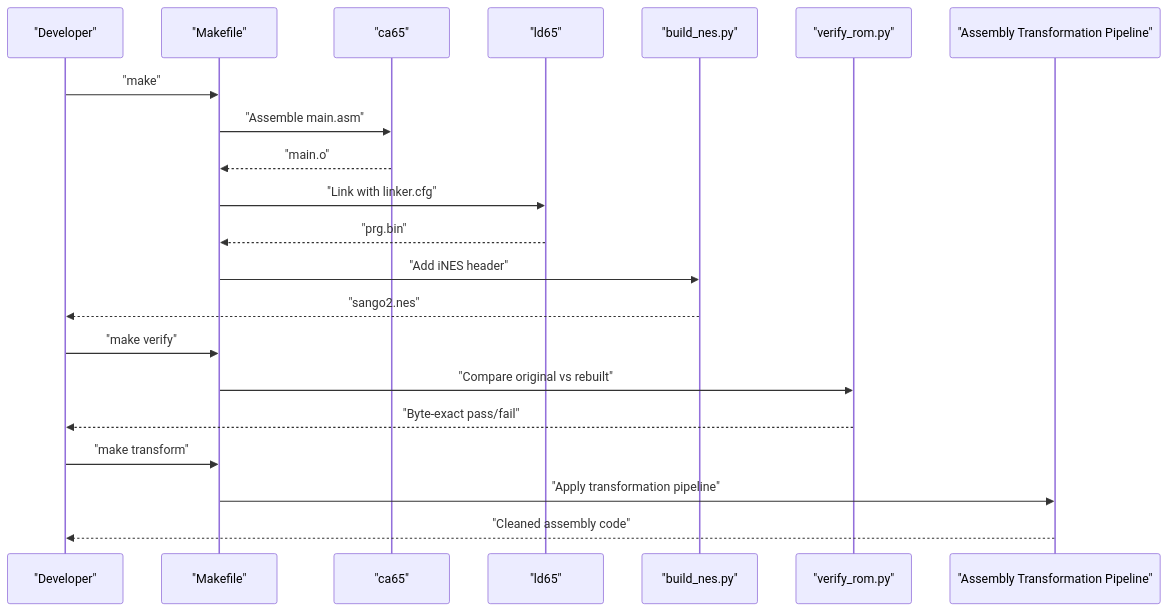
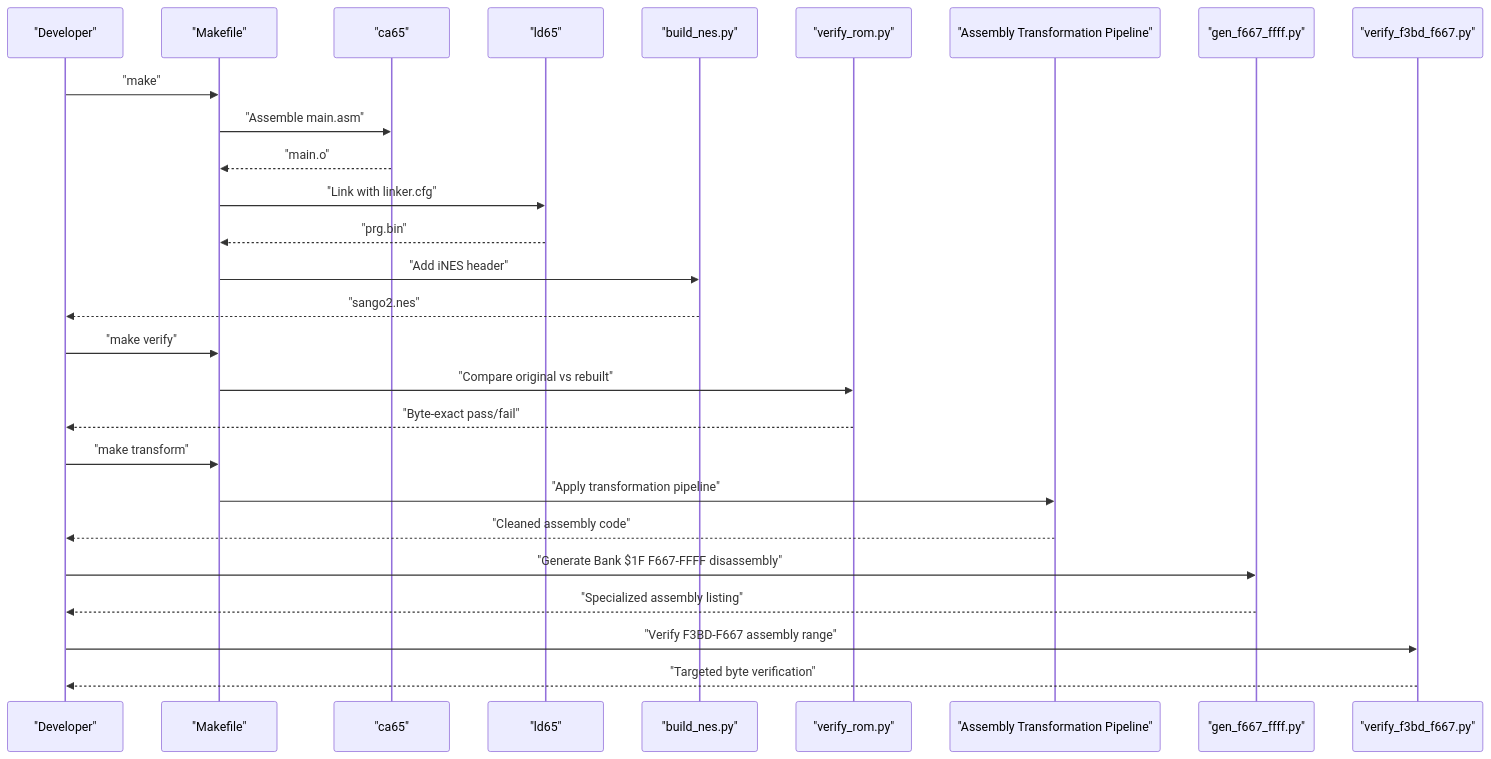
One commit to rabbyzero/sango2dasm changed the second of 13 diagrams in .qoder/repowiki/en/content/Build System and Tools/Build System and Tools.md. Above: the diagram before and after it, drawn with Mermaid. The commit also changed other lines of this file and 23 other files, not shown here.

````diff
--- a/.qoder/repowiki/en/content/Build System and Tools/Build System and Tools.md
+++ b/.qoder/repowiki/en/content/Build System and Tools/Build System and Tools.md
@@ -200,23 +216,29 @@
 ```mermaid
 sequenceDiagram
 participant Dev as "Developer"
 participant MK as "Makefile"
 participant CA as "ca65"
 participant LD as "ld65"
 participant BN as "build_nes.py"
 participant VR as "verify_rom.py"
 participant TP as "Assembly Transformation Pipeline"
+participant GF as "gen_f667_ffff.py"
+participant VF as "verify_f3bd_f667.py"
 Dev->>MK : "make"
 MK->>CA : "Assemble main.asm"
 CA-->>MK : "main.o"
 MK->>LD : "Link with linker.cfg"
 LD-->>MK : "prg.bin"
 MK->>BN : "Add iNES header"
 BN-->>Dev : "sango2.nes"
 Dev->>MK : "make verify"
 MK->>VR : "Compare original vs rebuilt"
 VR-->>Dev : "Byte-exact pass/fail"
 Dev->>MK : "make transform"
 MK->>TP : "Apply transformation pipeline"
 TP-->>Dev : "Cleaned assembly code"
+Dev->>GF : "Generate Bank $1F F667-FFFF disassembly"
+GF-->>Dev : "Specialized assembly listing"
+Dev->>VF : "Verify F3BD-F667 assembly range"
+VF-->>Dev : "Targeted byte verification"
 ```
````
